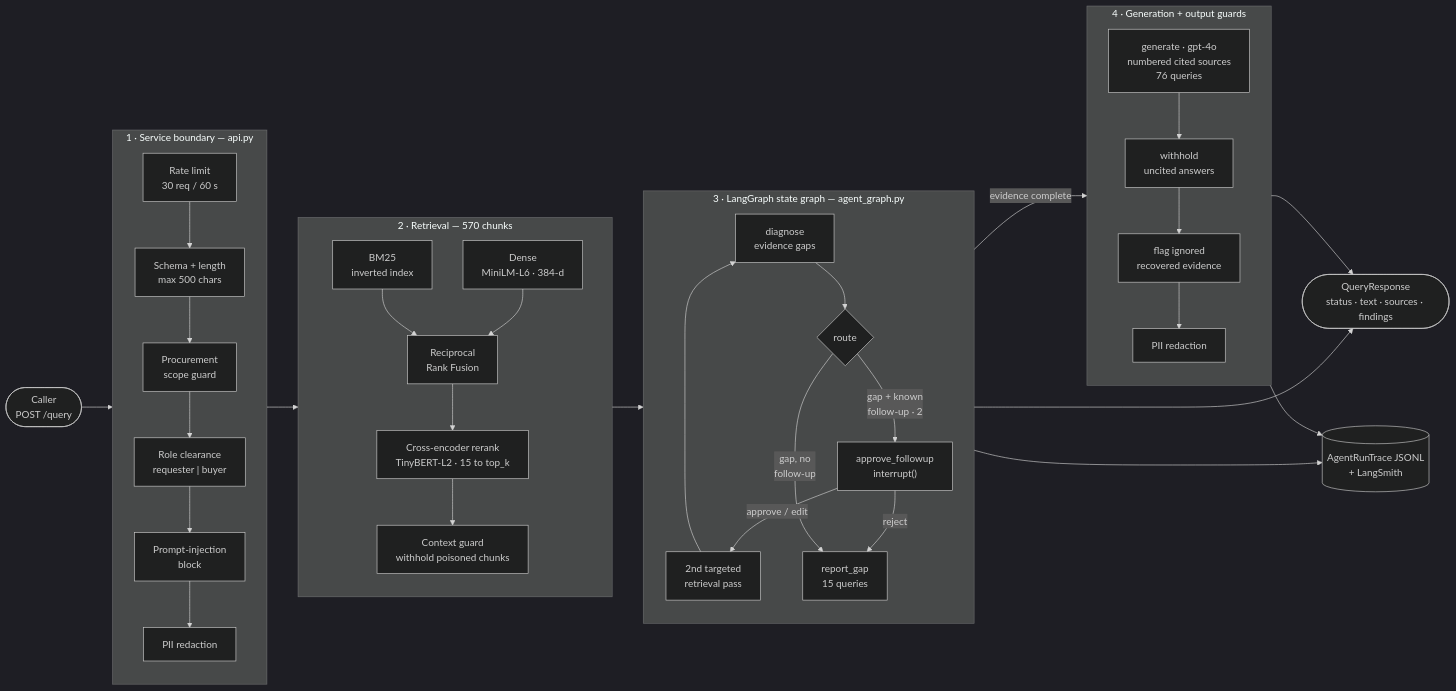
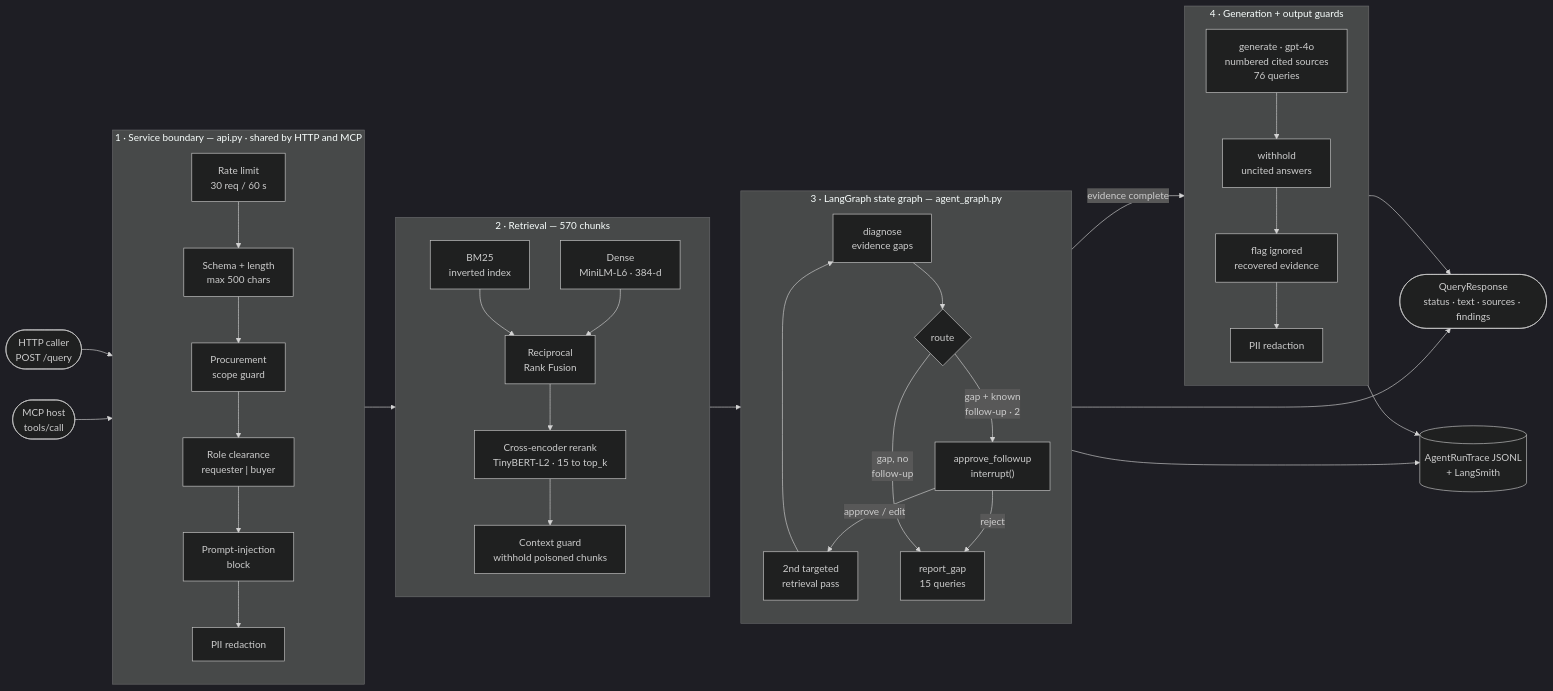
One commit to juanfpinzon/ProcureRAG changed the first of 2 diagrams in README.md. Above: the diagram before and after it, drawn with Mermaid (dark theme). The commit also changed other lines of this file, not shown here.

First line of the commit message:
docs: update README for Days 23-25 (Azure, eval-gated CI/CD, MCP)

````diff
--- a/README.md
+++ b/README.md
@@ -72,50 +85,52 @@
 ```mermaid
 flowchart LR
-    Q(["Caller<br/>POST /query"])
+    Q(["HTTP caller<br/>POST /query"])
+    M(["MCP host<br/>tools/call"])
 
-    subgraph BOUNDARY["1 · Service boundary — api.py"]
+    subgraph BOUNDARY["1 · Service boundary — api.py · shared by HTTP and MCP"]
         direction TB
         RL["Rate limit<br/>30 req / 60 s"] --> VAL["Schema + length<br/>max 500 chars"]
         VAL --> SCOPE["Procurement<br/>scope guard"]
         SCOPE --> ROLE["Role clearance<br/>requester | buyer"]
         ROLE --> INJ["Prompt-injection<br/>block"]
         INJ --> PII["PII redaction"]
     end
 
     subgraph RET["2 · Retrieval — 570 chunks"]
         direction TB
         BM25["BM25<br/>inverted index"] --> RRF["Reciprocal<br/>Rank Fusion"]
         DENSE["Dense<br/>MiniLM-L6 · 384-d"] --> RRF
         RRF --> RERANK["Cross-encoder rerank<br/>TinyBERT-L2 · 15 to top_k"]
         RERANK --> CTXG["Context guard<br/>withhold poisoned chunks"]
     end
 
     subgraph GRAPH["3 · LangGraph state graph — agent_graph.py"]
         direction TB
         DIAG["diagnose<br/>evidence gaps"] --> ROUTE{"route"}
         ROUTE -->|"gap + known<br/>follow-up · 2"| HITL["approve_followup<br/>interrupt()"]
         HITL -->|"approve / edit"| PASS2["2nd targeted<br/>retrieval pass"]
         PASS2 --> DIAG
         HITL -->|reject| GAP["report_gap<br/>15 queries"]
         ROUTE -->|"gap, no<br/>follow-up"| GAP
     end
 
     subgraph OUT["4 · Generation + output guards"]
         direction TB
         GEN["generate · gpt-4o<br/>numbered cited sources<br/>76 queries"] --> CITE["withhold<br/>uncited answers"]
         CITE --> FLAG["flag ignored<br/>recovered evidence"]
         FLAG --> OPII["PII redaction"]
     end
 
     RESP(["QueryResponse<br/>status · text · sources · findings"])
     TRACE[("AgentRunTrace JSONL<br/>+ LangSmith")]
 
     Q --> BOUNDARY
+    M --> BOUNDARY
     BOUNDARY --> RET
     RET --> DIAG
     ROUTE -->|"evidence complete"| GEN
     OUT --> RESP
     GAP --> RESP
     OUT --> TRACE
     GAP --> TRACE
 ```
````
